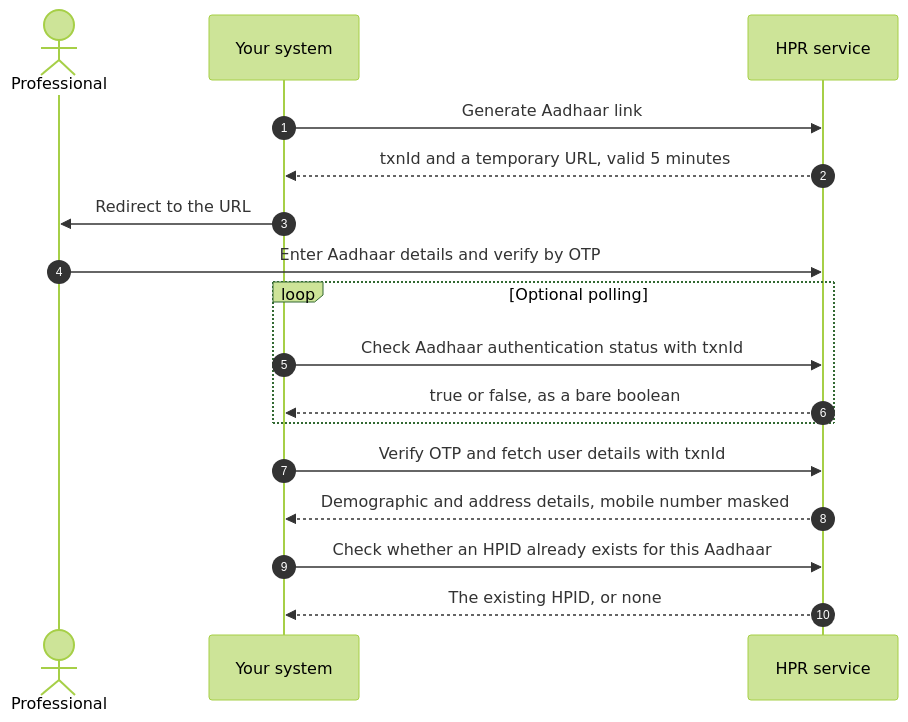
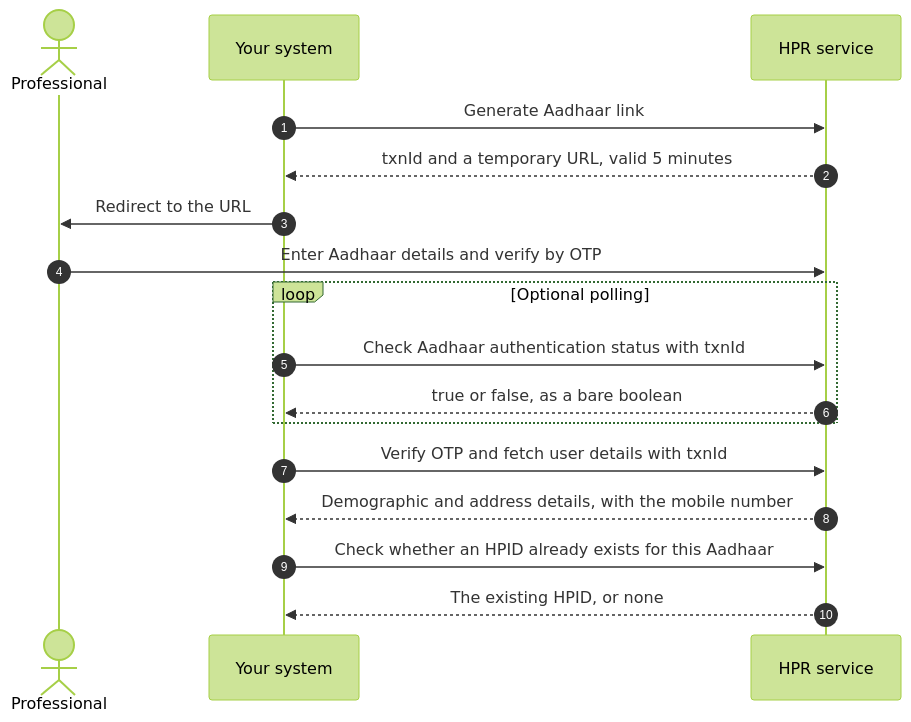
Before and after one commit to nha-in/docs: the first of 6 diagrams in site/docs/hiecm/v3/milestones/m4.mdx, drawn with Mermaid (forest theme). The commit also changed other lines of this file and 30 other files, not shown here.

````diff
--- a/site/docs/hiecm/v3/milestones/m4.mdx
+++ b/site/docs/hiecm/v3/milestones/m4.mdx
@@ -110,20 +110,20 @@
 ```mermaid
 sequenceDiagram
     autonumber
     actor P as Professional
     participant S as Your system
     participant H as HPR service
 
     S->>H: Generate Aadhaar link
     H-->>S: txnId and a temporary URL, valid 5 minutes
     S->>P: Redirect to the URL
     P->>H: Enter Aadhaar details and verify by OTP
     loop Optional polling
         S->>H: Check Aadhaar authentication status with txnId
         H-->>S: true or false, as a bare boolean
     end
     S->>H: Verify OTP and fetch user details with txnId
-    H-->>S: Demographic and address details, mobile number masked
+    H-->>S: Demographic and address details, with the mobile number
     S->>H: Check whether an HPID already exists for this Aadhaar
     H-->>S: The existing HPID, or none
 ```
````
